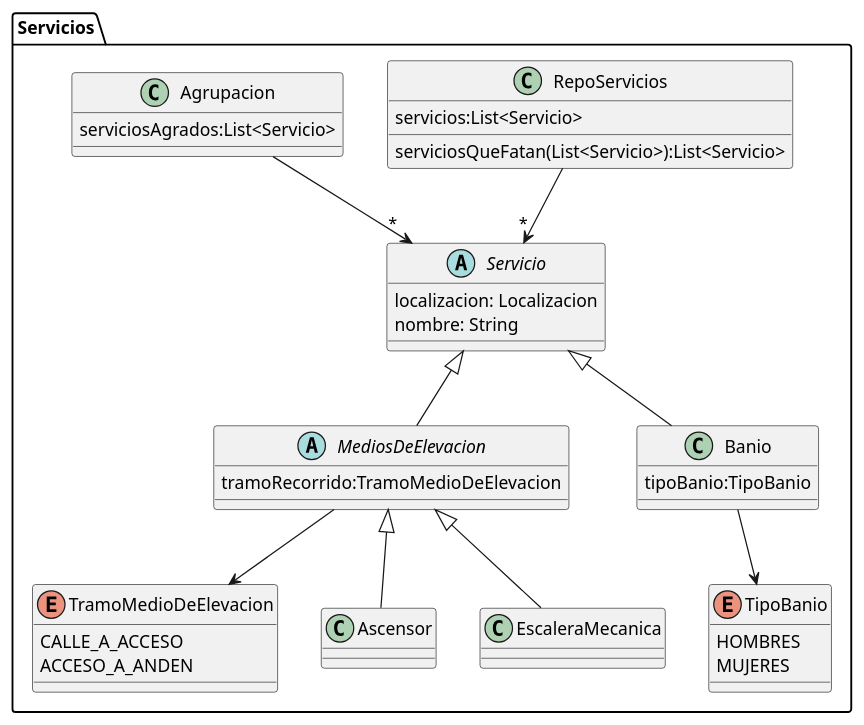
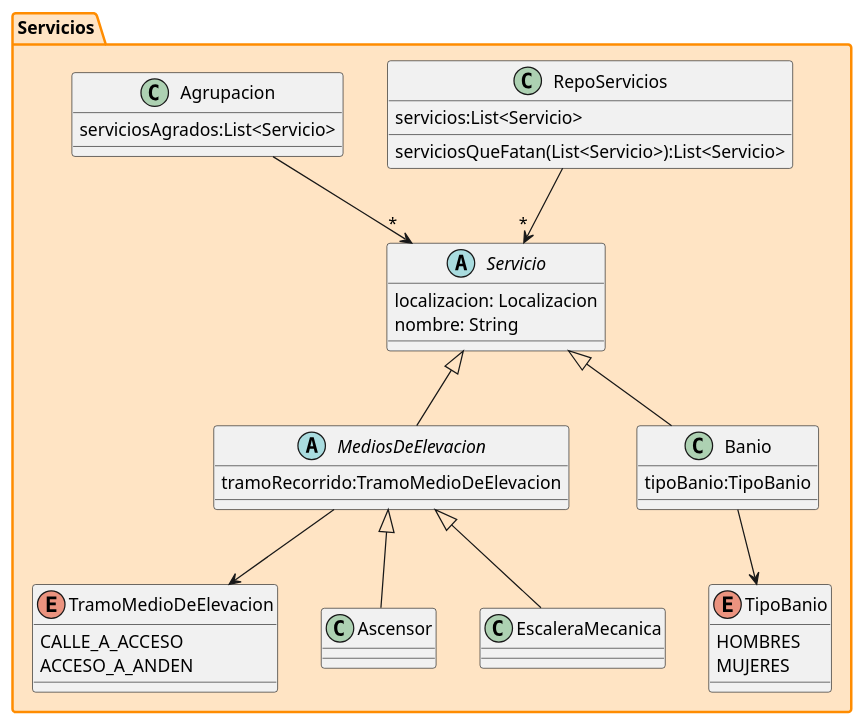
Before and after one commit to tomidandrea/TPA-DDS-2023: the diagram in Entrega-3/out/servicios.puml, drawn with PlantUML. The commit also changed 9 other files, not shown here.

Commit message:
Ordeno diagrama de clases

```diff
--- a/Entrega-3/out/servicios.puml
+++ b/Entrega-3/out/servicios.puml
@@ -1,52 +1,52 @@
 @startuml
 'https://plantuml.com/class-diagram
 
-package Servicios {
+package Servicios #back:bisque;line:darkorange;line.bold {
   class RepoServicios{
       servicios:List<Servicio>
       serviciosQueFatan(List<Servicio>):List<Servicio>
   }
   class Agrupacion{
       serviciosAgrados:List<Servicio>
   }
   abstract class Servicio{
     localizacion: Localizacion
     nombre: String
   }
 
   abstract class MediosDeElevacion{
     tramoRecorrido:TramoMedioDeElevacion
   }
 
   enum TramoMedioDeElevacion{
     CALLE_A_ACCESO
     ACCESO_A_ANDEN
   }
 
   class Ascensor{
   }
 
   class EscaleraMecanica{
   }
 
   class Banio{
     tipoBanio:TipoBanio
   }
 
   enum TipoBanio{
     HOMBRES
     MUJERES
   }
 
 'Relaciones de servicios
     RepoServicios -down->"*" Servicio
     Agrupacion -->"*" Servicio
     MediosDeElevacion -up-|> Servicio
     MediosDeElevacion --> TramoMedioDeElevacion
     Ascensor -up-|> MediosDeElevacion
     EscaleraMecanica -up-|> MediosDeElevacion
     Banio -up-|> Servicio
     Banio --> TipoBanio
 }
 
 @enduml
```
